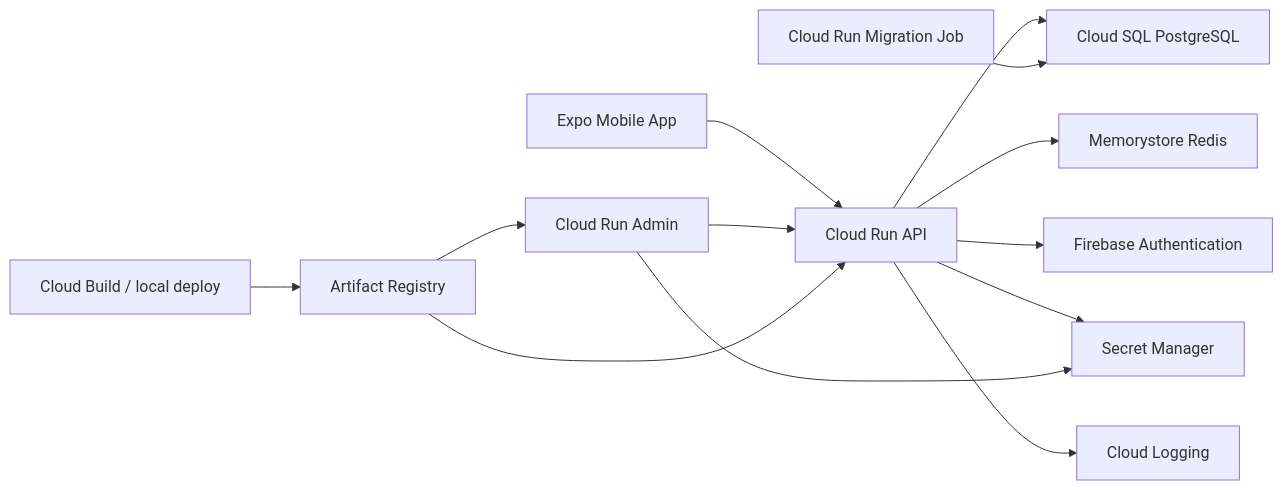
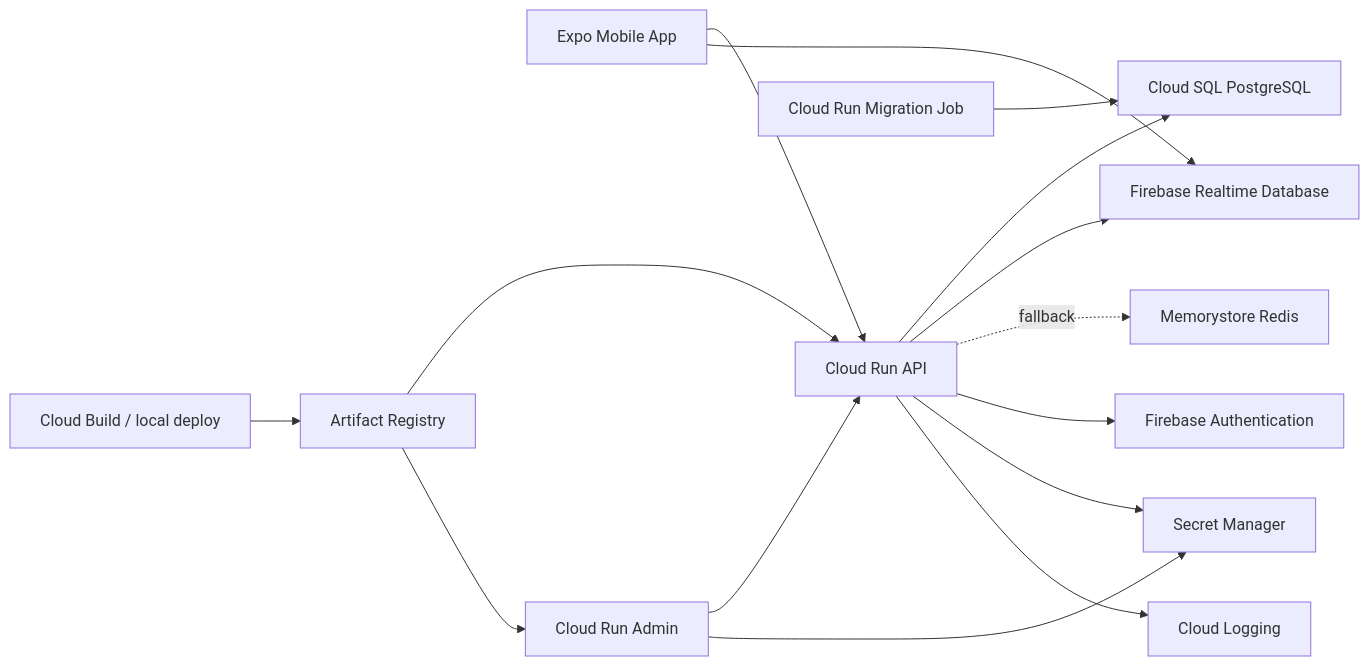
The diagram in docs/deployment/google-cloud-launch-plan.md (PutintsevSergii/jp2-knights-app), drawn with Mermaid before and after one commit. The commit also changed other lines of this file and 14 other files, not shown here.

````diff
--- a/docs/deployment/google-cloud-launch-plan.md
+++ b/docs/deployment/google-cloud-launch-plan.md
@@ -24,15 +27,17 @@
 ```mermaid
 flowchart LR
   mobile["Expo Mobile App"] --> api["Cloud Run API"]
   admin["Cloud Run Admin"] --> api
   api --> sql["Cloud SQL PostgreSQL"]
-  api --> redis["Memorystore Redis"]
+  api --> rtdb["Firebase Realtime Database"]
+  api -. fallback .-> redis["Memorystore Redis"]
+  mobile --> rtdb
   api --> firebase["Firebase Authentication"]
   api --> secrets["Secret Manager"]
   api --> logs["Cloud Logging"]
   admin --> secrets
   build["Cloud Build / local deploy"] --> registry["Artifact Registry"]
   registry --> api
   registry --> admin
   job["Cloud Run Migration Job"] --> sql
 ```
````
